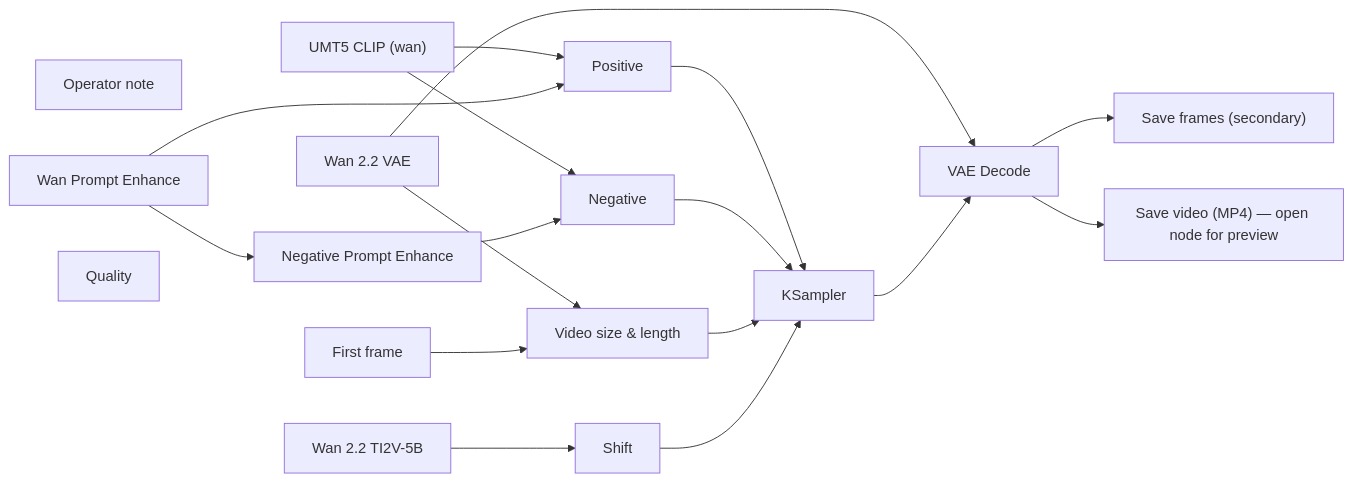
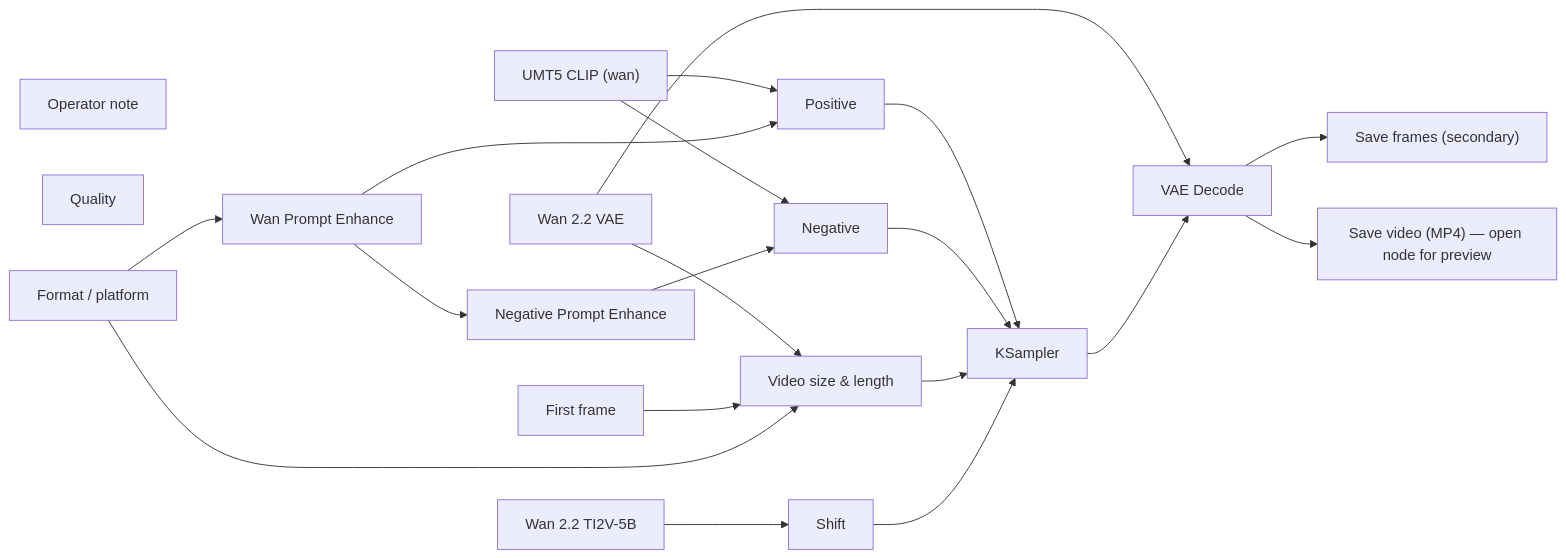
One commit to toxicoder/ez-comfy-stack changed the diagram in docs/generated/workflows/wan/text-to-video-5s.md. Above: the diagram before and after it, drawn with Mermaid. The commit also changed other lines of this file and 312 other files, not shown here.

First line of the commit message:
feat: Format / platform on Klein, Wan, and LTX Apps

````diff
--- a/docs/generated/workflows/wan/text-to-video-5s.md
+++ b/docs/generated/workflows/wan/text-to-video-5s.md
@@ -55,35 +57,38 @@
 ```mermaid
 flowchart LR
   N1["Wan 2.2 TI2V-5B"]
   N2["UMT5 CLIP (wan)"]
   N3["Wan 2.2 VAE"]
   N4["First frame"]
   N6["Positive"]
   N7["Negative"]
   N8["Video size & length"]
   N9["Shift"]
   N10["KSampler"]
   N11["VAE Decode"]
   N12["Save frames (secondary)"]
   N13["Save video (MP4) — open node for preview"]
   N14["Operator note"]
   N15["Wan Prompt Enhance"]
   N16["Negative Prompt Enhance"]
   N17["Quality"]
+  N18["Format / platform"]
   N1 --> N9
   N2 --> N6
   N2 --> N7
   N3 --> N8
   N3 --> N11
   N4 --> N8
   N6 --> N10
   N7 --> N10
   N8 --> N10
   N9 --> N10
   N10 --> N11
   N11 --> N12
   N11 --> N13
   N15 --> N6
   N15 --> N16
   N16 --> N7
+  N18 --> N8
+  N18 --> N15
 ```
````
